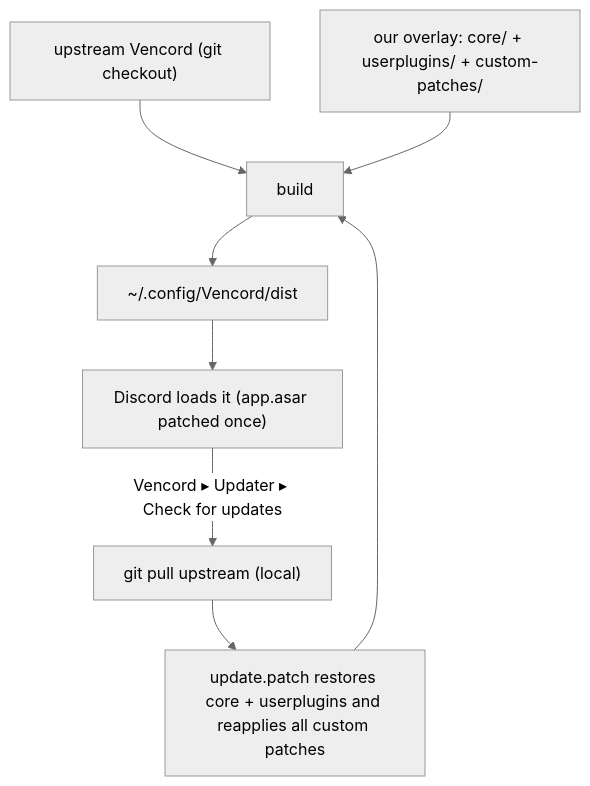
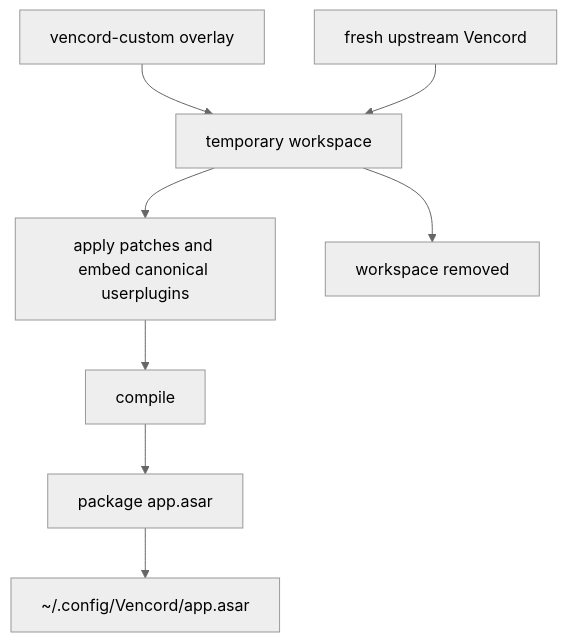
The diagram in .github/README.md (DarkPhilosophy/v), drawn with Mermaid (neutral theme) before and after one commit. The commit also changed other lines of this file, not shown here.

````diff
--- a/.github/README.md
+++ b/.github/README.md
@@ -25,10 +83,10 @@
 ```mermaid
 graph TD
-  X["upstream Vencord (git checkout)"] --> B["build"]
-  Y["our overlay: core/ + userplugins/ + custom-patches/"] --> B
-  B --> D["~/.config/Vencord/dist"]
-  D --> DC["Discord loads it (app.asar patched once)"]
-  DC -->|"Vencord ▸ Updater ▸ Check for updates"| GP["git pull upstream (local)"]
-  GP --> RA["update.patch restores core + userplugins and reapplies all custom patches"]
-  RA --> B
+    O["vencord-custom overlay"] --> T["temporary workspace"]
+    U["fresh upstream Vencord"] --> T
+    T --> P["apply patches and embed canonical userplugins"]
+    P --> B["compile"]
+    B --> A["package app.asar"]
+    A --> R["~/.config/Vencord/app.asar"]
+    T --> C["workspace removed"]
 ```
````
